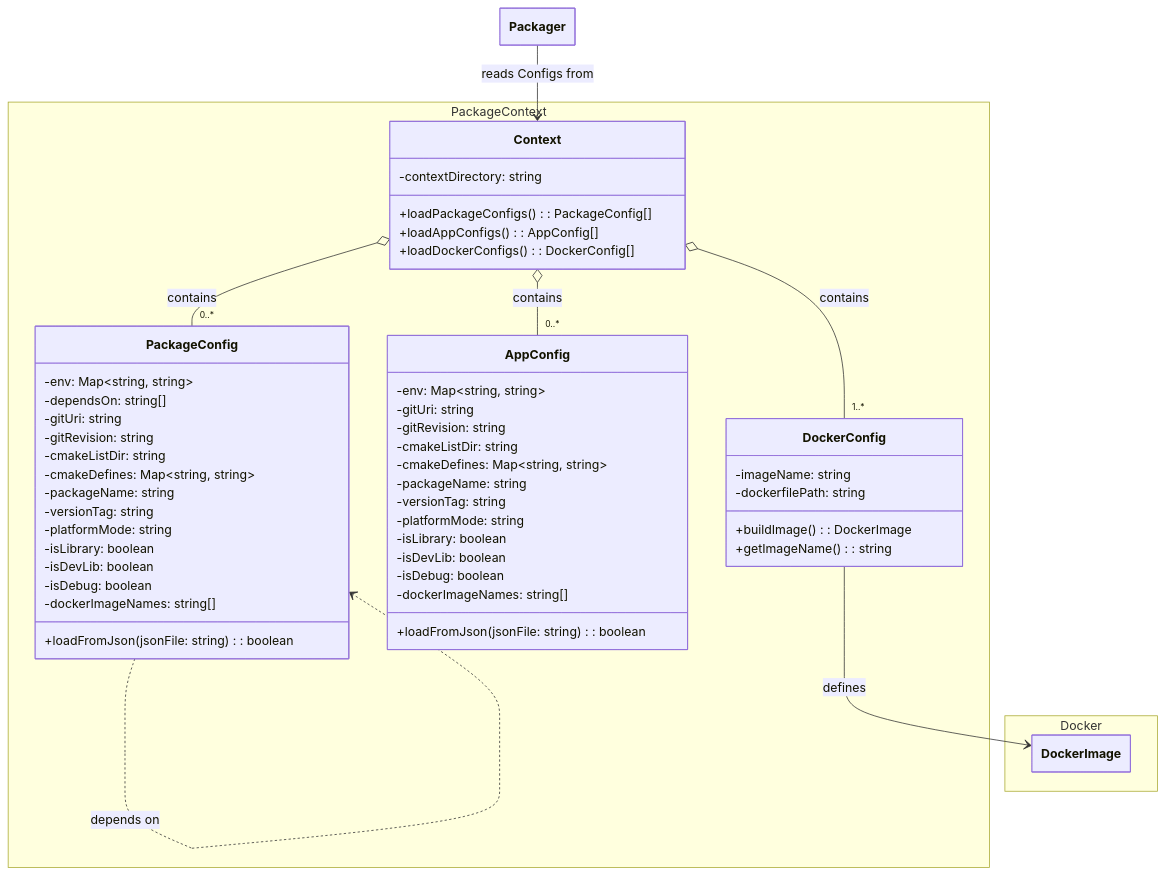
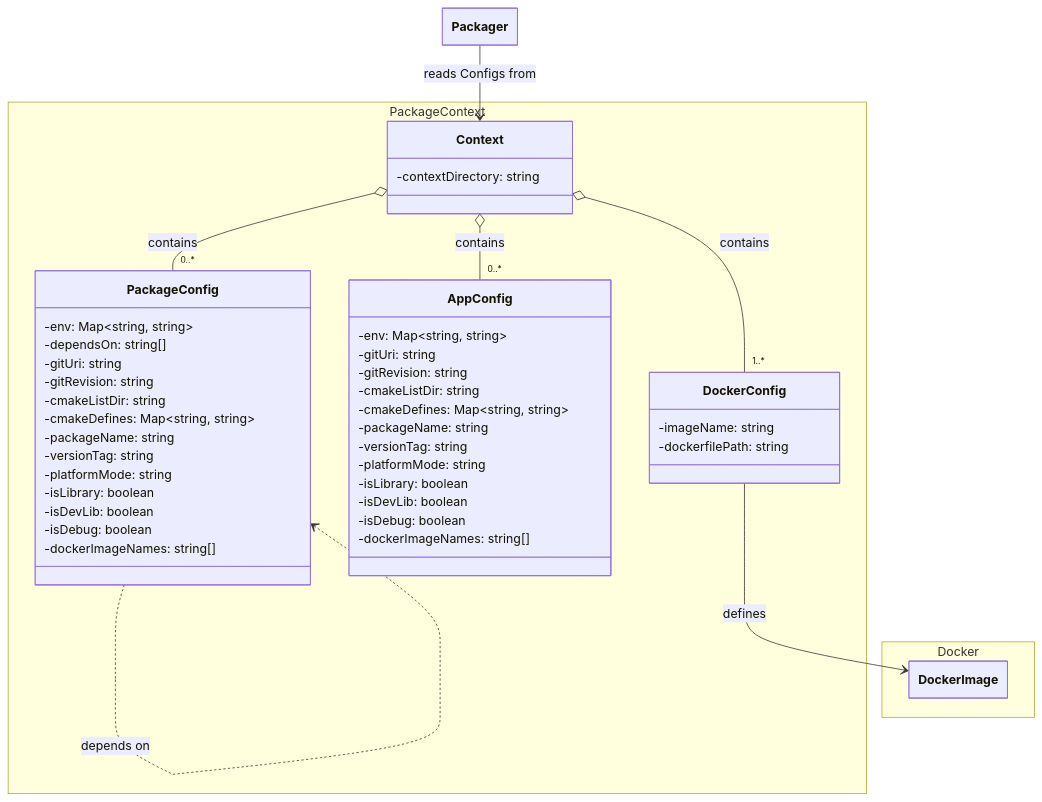
The fifth of 5 diagrams in docs/architecture.md (bacpack-system/bacpack-system.github.io), drawn with Mermaid before and after one commit. The commit also changed other lines of this file and 1 other file, not shown here.

````diff
--- a/docs/architecture.md
+++ b/docs/architecture.md
@@ -195,76 +195,69 @@
 ```mermaid
 ---
   config:
     class:
       hideEmptyMembersBox: true
 ---
 classDiagram
     namespace PackageContext {
         class Context {
             -contextDirectory: string
-            +loadPackageConfigs(): PackageConfig[]
-            +loadAppConfigs(): AppConfig[]
-            +loadDockerConfigs(): DockerConfig[]
         }
 
         class PackageConfig {
             -env: Map~string, string~
             -dependsOn: string[]
             -gitUri: string
             -gitRevision: string
             -cmakeListDir: string
             -cmakeDefines: Map~string, string~
             -packageName: string
             -versionTag: string
             -platformMode: string
             -isLibrary: boolean
             -isDevLib: boolean
             -isDebug: boolean
             -dockerImageNames: string[]
-            +loadFromJson(jsonFile: string): boolean
         }
 
         class AppConfig {
             -env: Map~string, string~
             -gitUri: string
             -gitRevision: string
             -cmakeListDir: string
             -cmakeDefines: Map~string, string~
             -packageName: string
             -versionTag: string
             -platformMode: string
             -isLibrary: boolean
             -isDevLib: boolean
             -isDebug: boolean
             -dockerImageNames: string[]
-            +loadFromJson(jsonFile: string): boolean
         }
 
         class DockerConfig {
             -imageName: string
             -dockerfilePath: string
-            +buildImage(): DockerImage
-            +getImageName(): string
         }
     }
 
     namespace Docker {
         class DockerImage
     }
 
     %% CORE RELATIONSHIPS
 
     %% Packager uses Context
     Packager --> Context : reads Configs from
 
     %% Context aggregates configuration files (Aggregation - Configs exist as files)
     Context o-- "0..*" PackageConfig : contains
     Context o-- "0..*" AppConfig : contains
     Context o-- "1..*" DockerConfig : contains
 
     %% Docker relationships (Composition - container lifecycle tied to image)
     DockerConfig --> DockerImage : defines
 
     %% Package dependencies (Dependency)
     PackageConfig ..> PackageConfig : depends on
 ```
````
